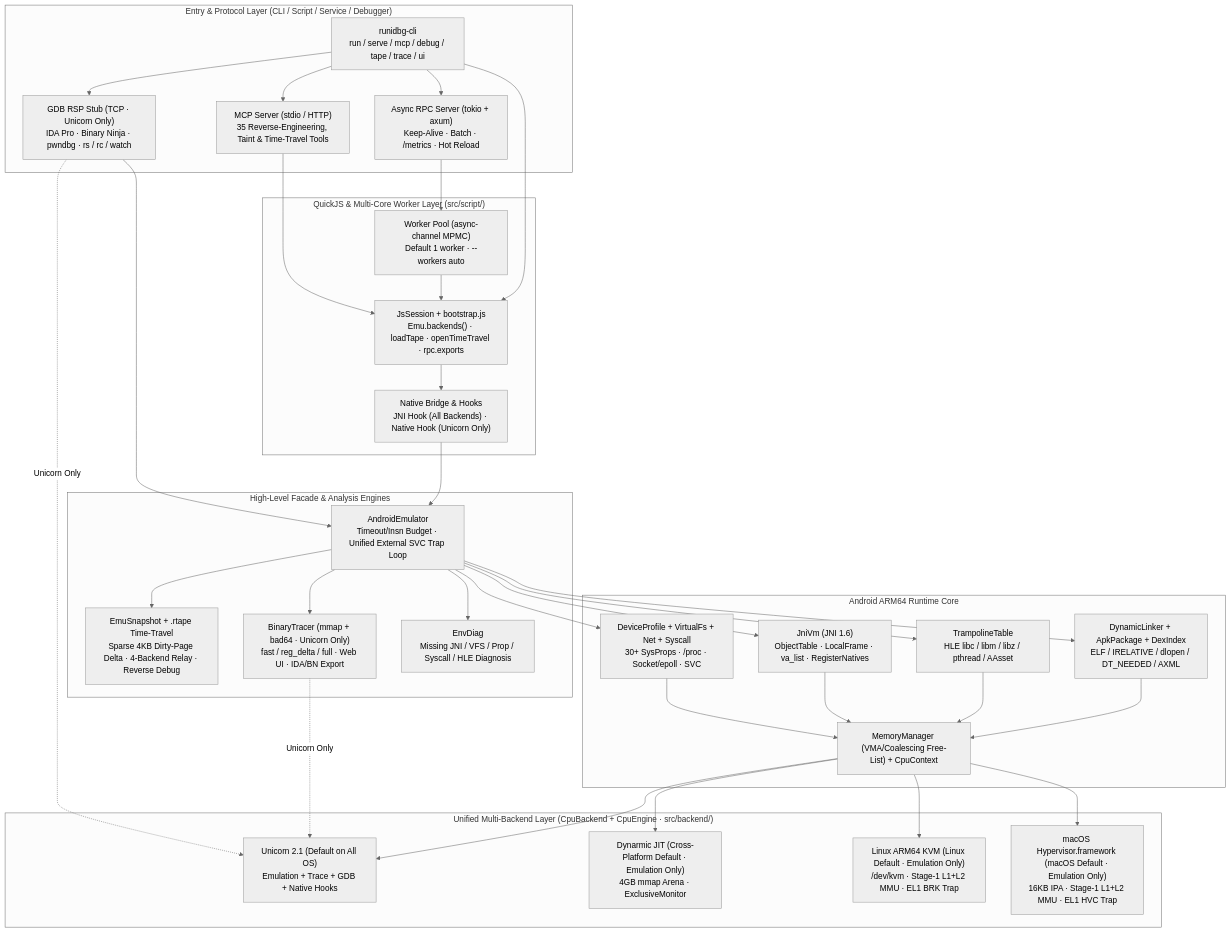
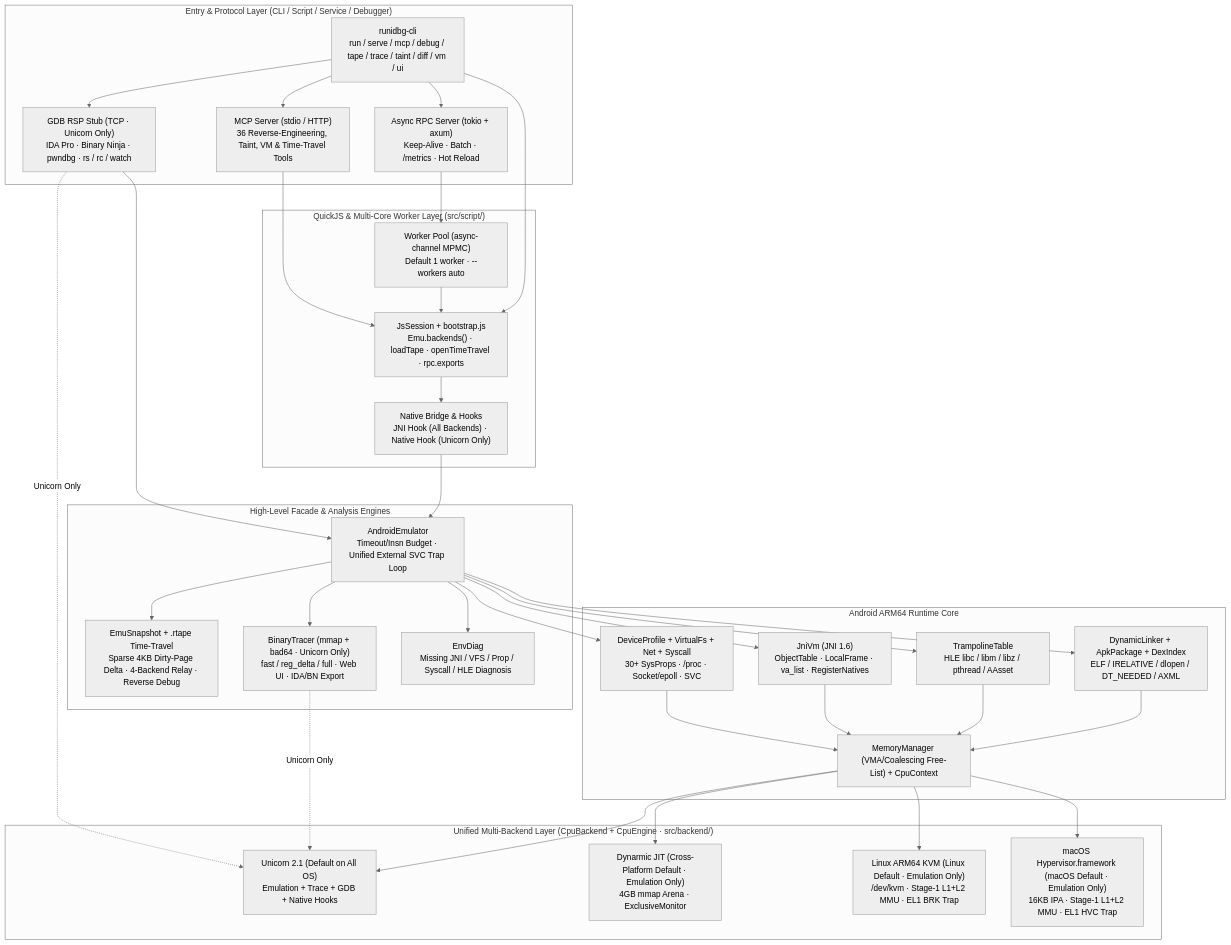
One commit to Elliot0215/runidbg changed the fourth of 4 diagrams in README_EN.md. Above: the diagram before and after it, drawn with Mermaid (neutral theme). The commit also changed other lines of this file and 3 other files, not shown here.

Commit message:
docs: document offline taint/slicing, HLE trace, omniscient query/diff, VM assistant, DX upgrades & 36 MCP tools

````diff
--- a/README_EN.md
+++ b/README_EN.md
@@ -156,67 +159,67 @@
 ```mermaid
 flowchart TB
     subgraph Entry["Entry & Protocol Layer (CLI / Script / Service / Debugger)"]
-        CLI["runidbg-cli\nrun / serve / mcp / debug / tape / trace / ui"]
+        CLI["runidbg-cli\nrun / serve / mcp / debug / tape / trace / taint / diff / vm / ui"]
         RPC["Async RPC Server (tokio + axum)\nKeep-Alive · Batch · /metrics · Hot Reload"]
-        MCP["MCP Server (stdio / HTTP)\n35 Reverse-Engineering, Taint & Time-Travel Tools"]
+        MCP["MCP Server (stdio / HTTP)\n36 Reverse-Engineering, Taint, VM & Time-Travel Tools"]
         GDB["GDB RSP Stub (TCP · Unicorn Only)\nIDA Pro · Binary Ninja · pwndbg · rs / rc / watch"]
     end
 
     subgraph ScriptLayer["QuickJS & Multi-Core Worker Layer (src/script/)"]
         Pool["Worker Pool (async-channel MPMC)\nDefault 1 worker · --workers auto"]
         Session["JsSession + bootstrap.js\nEmu.backends() · loadTape · openTimeTravel · rpc.exports"]
         Bridge["Native Bridge & Hooks\nJNI Hook (All Backends) · Native Hook (Unicorn Only)"]
     end
 
     subgraph Facade["High-Level Facade & Analysis Engines"]
         Emu["AndroidEmulator\nTimeout/Insn Budget · Unified External SVC Trap Loop"]
         Snap["EmuSnapshot + .rtape Time-Travel\nSparse 4KB Dirty-Page Delta · 4-Backend Relay · Reverse Debug"]
         Tracer["BinaryTracer (mmap + bad64 · Unicorn Only)\nfast / reg_delta / full · Web UI · IDA/BN Export"]
         Diag["EnvDiag\nMissing JNI / VFS / Prop / Syscall / HLE Diagnosis"]
     end
 
     subgraph Runtime["Android ARM64 Runtime Core"]
         Loader["DynamicLinker + ApkPackage + DexIndex\nELF / IRELATIVE / dlopen / DT_NEEDED / AXML"]
         HLE["TrampolineTable\nHLE libc / libm / libz / pthread / AAsset"]
         JNI["JniVm (JNI 1.6)\nObjectTable · LocalFrame · va_list · RegisterNatives"]
         OS["DeviceProfile + VirtualFs + Net + Syscall\n30+ SysProps · /proc · Socket/epoll · SVC"]
         Mem["MemoryManager (VMA/Coalescing Free-List) + CpuContext"]
     end
 
     subgraph Backends["Unified Multi-Backend Layer (CpuBackend + CpuEngine · src/backend/)"]
         UC["Unicorn 2.1 (Default on All OS)\nEmulation + Trace + GDB + Native Hooks"]
         DYN["Dynarmic JIT (Cross-Platform Default · Emulation Only)\n4GB mmap Arena · ExclusiveMonitor"]
         KVM["Linux ARM64 KVM (Linux Default · Emulation Only)\n/dev/kvm · Stage-1 L1+L2 MMU · EL1 BRK Trap"]
         HVF["macOS Hypervisor.framework (macOS Default · Emulation Only)\n16KB IPA · Stage-1 L1+L2 MMU · EL1 HVC Trap"]
     end
 
     CLI --> RPC
     CLI --> MCP
     CLI --> GDB
     CLI --> Session
 
     RPC --> Pool --> Session
     MCP --> Session
     Session --> Bridge --> Emu
     GDB --> Emu
 
     Emu --> Snap
     Emu --> Tracer
     Emu --> Diag
     Emu --> Loader
     Emu --> HLE
     Emu --> JNI
     Emu --> OS
 
     Loader --> Mem
     HLE --> Mem
     JNI --> Mem
     OS --> Mem
 
     Mem --> UC
     Mem --> DYN
     Mem --> KVM
     Mem --> HVF
     Tracer -. Unicorn Only .-> UC
     GDB -. Unicorn Only .-> UC
 ```
````
